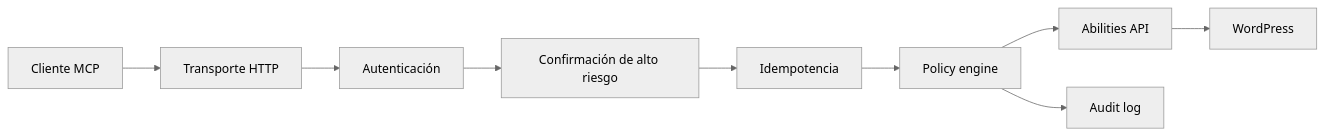
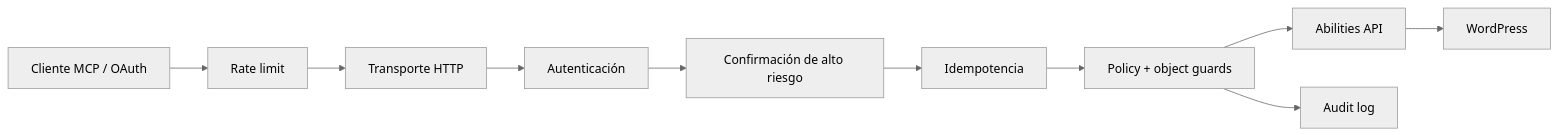
The second of 2 diagrams in README.md (akelaonline/WP-Nerve), drawn with Mermaid (neutral theme) before and after one commit. The commit also changed other lines of this file, not shown here.

````diff
--- a/README.md
+++ b/README.md
@@ -284,11 +299,12 @@
 ```mermaid
 flowchart LR
-    A["Cliente MCP"] --> B["Transporte HTTP"]
-    B --> C["Autenticación"]
-    C --> D["Confirmación de alto riesgo"]
-    D --> E["Idempotencia"]
-    E --> F["Policy engine"]
-    F --> G["Abilities API"]
-    G --> H["WordPress"]
-    F --> I["Audit log"]
+    A["Cliente MCP / OAuth"] --> B["Rate limit"]
+    B --> C["Transporte HTTP"]
+    C --> D["Autenticación"]
+    D --> E["Confirmación de alto riesgo"]
+    E --> F["Idempotencia"]
+    F --> G["Policy + object guards"]
+    G --> H["Abilities API"]
+    H --> I["WordPress"]
+    G --> J["Audit log"]
 ```
````
